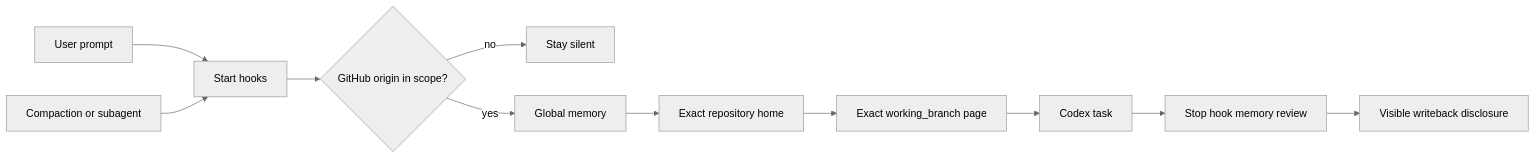
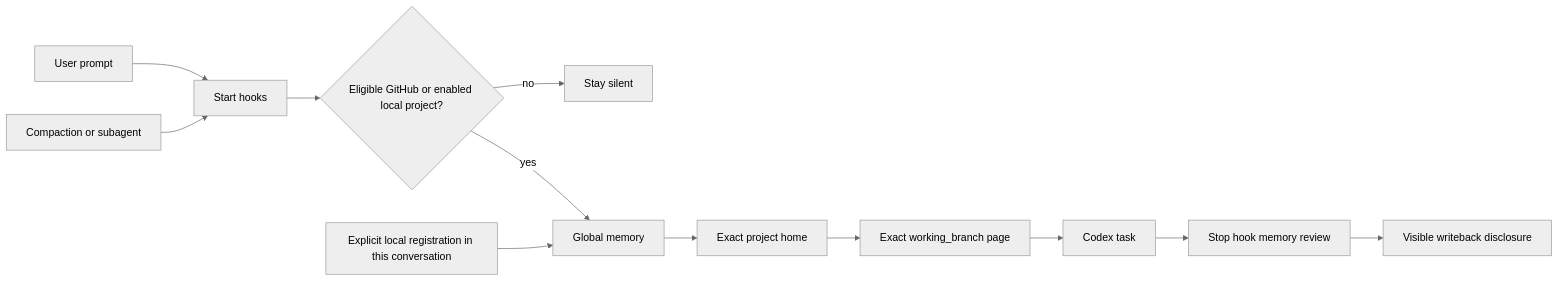
Before and after one commit to Wang-Ruibin/codex-obsidian-memory: the diagram in README.md, drawn with Mermaid (neutral theme). The commit also changed other lines of this file and 34 other files, not shown here.

Commit message:
feat: enable local project memory immediately in the current conversation

````diff
--- a/README.md
+++ b/README.md
@@ -203,13 +220,14 @@
 ```mermaid
 flowchart LR
     A[User prompt] --> B[Start hooks]
     C[Compaction or subagent] --> B
-    B --> D{GitHub origin in scope?}
+    B --> D{Eligible GitHub or enabled local project?}
     D -- no --> E[Stay silent]
     D -- yes --> F[Global memory]
-    F --> G[Exact repository home]
+    L[Explicit local registration in this conversation] --> F
+    F --> G[Exact project home]
     G --> H[Exact working_branch page]
     H --> I[Codex task]
     I --> J[Stop hook memory review]
     J --> K[Visible writeback disclosure]
 ```
````
